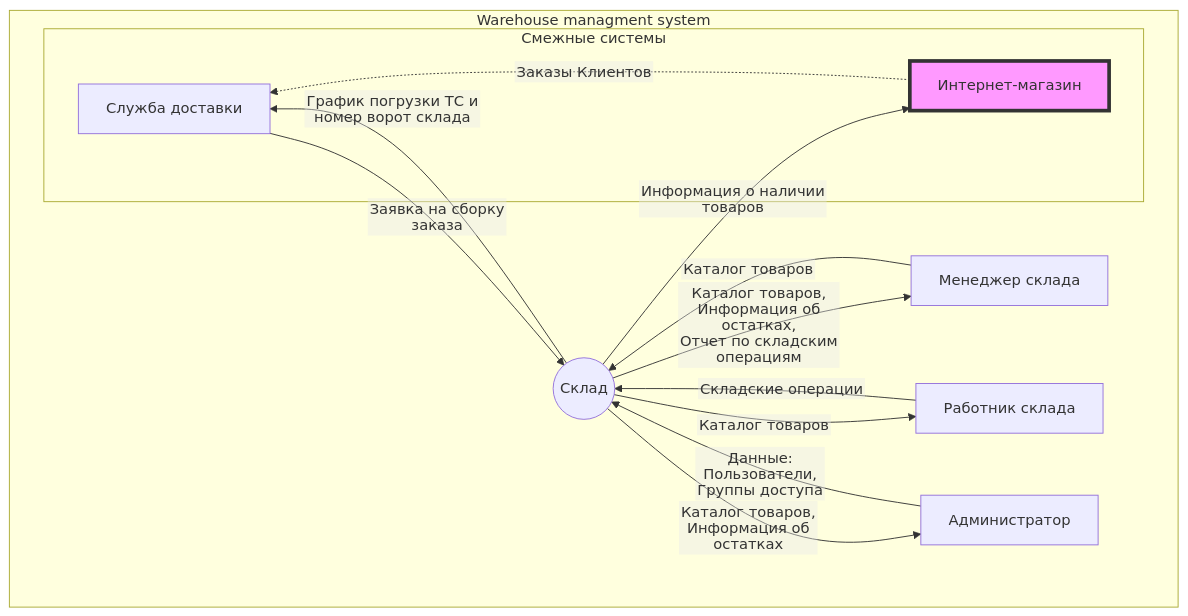
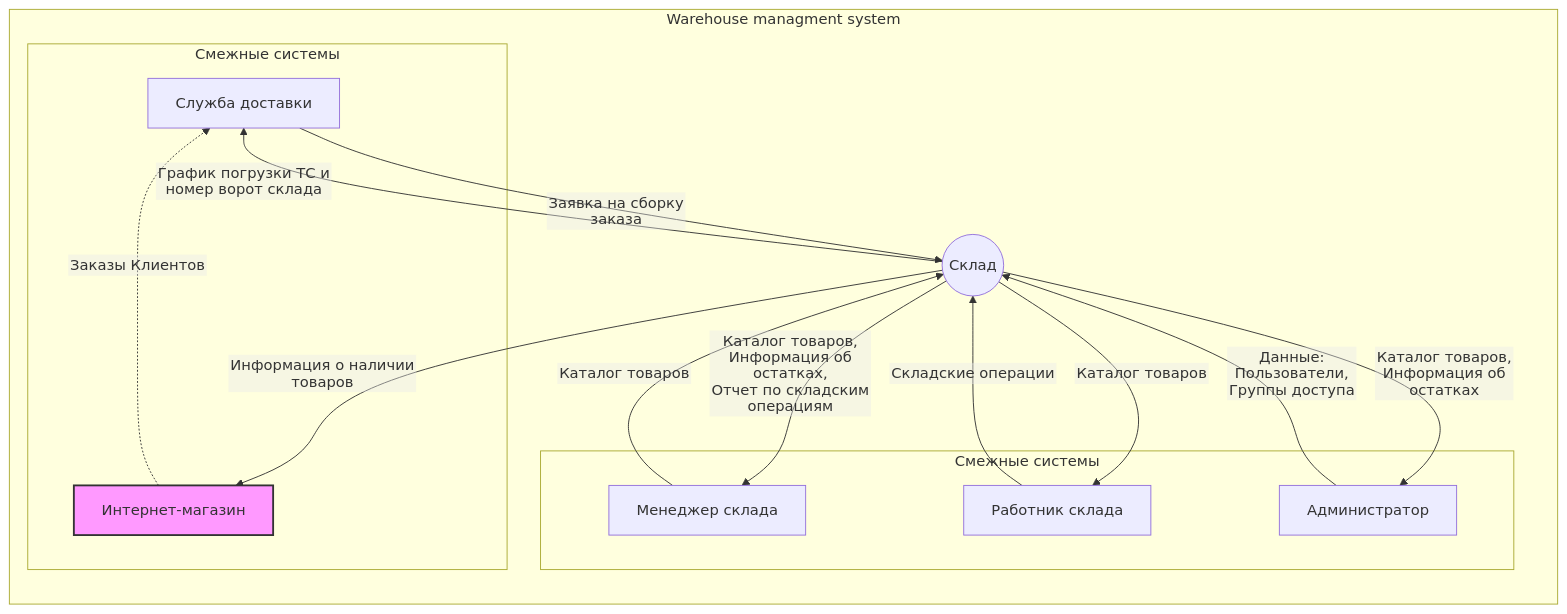
One commit to PortnovAlex80/node_js_pro changed the diagram in api-warehouse/DraftReadme.md. Above: the diagram before and after it, drawn with Mermaid. The commit also changed other lines of this file, not shown here.

````diff
--- a/api-warehouse/DraftReadme.md
+++ b/api-warehouse/DraftReadme.md
@@ -291,34 +203,38 @@
 ```mermaid
 %%{init: {"flowchart": {"htmlLabels": false}} }%%
-graph 
+graph LR
 	subgraph WMSystem["Warehouse managment system"]
 		WMS(("Склад"))
-		MGR["Менеджер склада"]
-        ADMIN["Администратор"]
-        EMPLOYEE["Работник склада"]
+            subgraph Users["Смежные системы"]
+				MGR["Менеджер склада"]
+		        ADMIN["Администратор"]
+		        EMPLOYEE["Работник склада"]
+		    end
+		    
             subgraph Systems["Смежные системы"]
-	        DELIVERY["Служба доставки"]
-	        INTERNET_SHOP["Интернет-магазин"]
-	    end
+		        DELIVERY["Служба доставки"]
+		        INTERNET_SHOP["Интернет-магазин"]
+		    end
 	end
   
 	MGR--> |Каталог товаров|WMS
 	WMS -->|"Каталог товаров,
 Информация об остатках,  
 Отчет по складским операциям"| MGR
 	
 	EMPLOYEE-->|Складские операции|WMS
     WMS -->|Каталог товаров| EMPLOYEE
 	
 	ADMIN--> |"Данные:
 Пользователи,
 Группы доступа"|WMS
 	WMS --> |"Каталог товаров,
 Информация об остатках"|ADMIN
 		
 	WMS --> |Информация о наличии товаров|INTERNET_SHOP
 	INTERNET_SHOP -.-> |Заказы Клиентов|DELIVERY 
-	style INTERNET_SHOP fill:#f9f,stroke:#333,stroke-width:4px
+	style INTERNET_SHOP fill:#f9f,stroke:#333,stroke-width:2px
 	DELIVERY--> |Заявка на сборку заказа|WMS 
-	WMS --> |График погрузки ТС и номер ворот склада|DELIVERY
+	WMS --> |"График погрузки ТС и 
+	номер ворот склада"|DELIVERY
 ```
````
